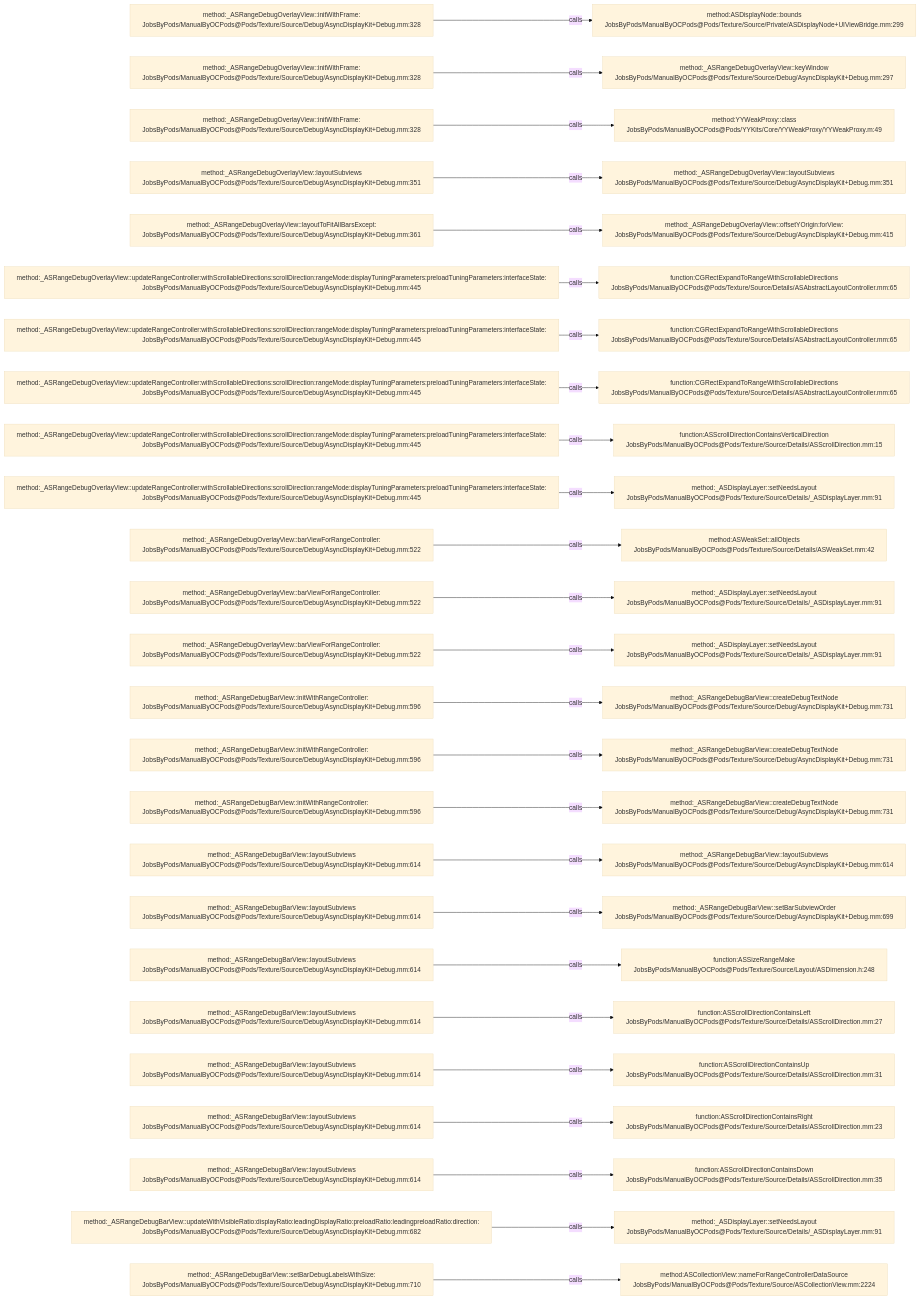
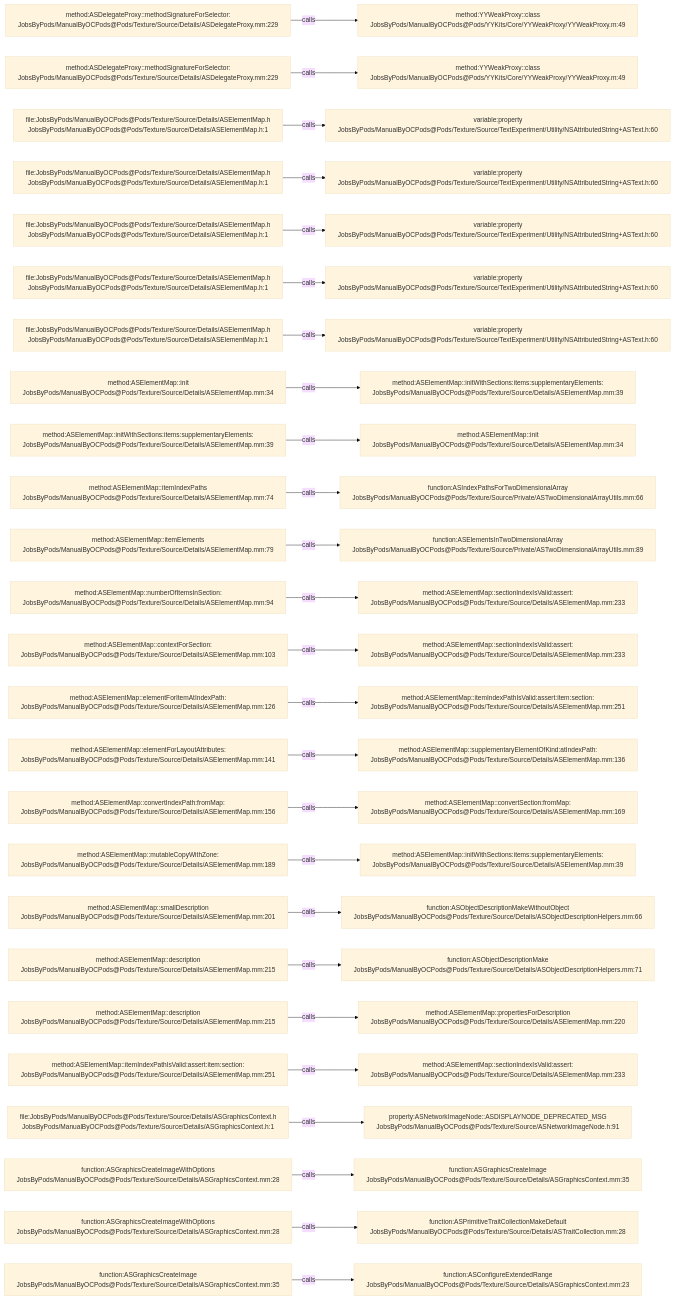
Before and after one commit to JobsKits/JobsOCBaseConfigDemo: the diagram in .codegraph/codegraph.md/graphs/calls-141.md, drawn with Mermaid (base theme). The commit also changed 2723 other files, not shown here.

````diff
--- a/.codegraph/codegraph.md/graphs/calls-141.md
+++ b/.codegraph/codegraph.md/graphs/calls-141.md
@@ -13,78 +13,78 @@
 ```mermaid
 flowchart LR
-  S1["method:_ASRangeDebugOverlayView::initWithFrame:<br/>JobsByPods/ManualByOCPods@Pods/Texture/Source/Debug/AsyncDisplayKit+Debug.mm:328"]
-  T1["method:ASDisplayNode::bounds<br/>JobsByPods/ManualByOCPods@Pods/Texture/Source/Private/ASDisplayNode+UIViewBridge.mm:299"]
+  S1["method:ASDelegateProxy::methodSignatureForSelector:<br/>JobsByPods/ManualByOCPods@Pods/Texture/Source/Details/ASDelegateProxy.mm:229"]
+  T1["method:YYWeakProxy::class<br/>JobsByPods/ManualByOCPods@Pods/YYKits/Core/YYWeakProxy/YYWeakProxy.m:49"]
   S1 -->|calls| T1
-  S2["method:_ASRangeDebugOverlayView::initWithFrame:<br/>JobsByPods/ManualByOCPods@Pods/Texture/Source/Debug/AsyncDisplayKit+Debug.mm:328"]
-  T2["method:_ASRangeDebugOverlayView::keyWindow<br/>JobsByPods/ManualByOCPods@Pods/Texture/Source/Debug/AsyncDisplayKit+Debug.mm:297"]
+  S2["method:ASDelegateProxy::methodSignatureForSelector:<br/>JobsByPods/ManualByOCPods@Pods/Texture/Source/Details/ASDelegateProxy.mm:229"]
+  T2["method:YYWeakProxy::class<br/>JobsByPods/ManualByOCPods@Pods/YYKits/Core/YYWeakProxy/YYWeakProxy.m:49"]
   S2 -->|calls| T2
-  S3["method:_ASRangeDebugOverlayView::initWithFrame:<br/>JobsByPods/ManualByOCPods@Pods/Texture/Source/Debug/AsyncDisplayKit+Debug.mm:328"]
-  T3["method:YYWeakProxy::class<br/>JobsByPods/ManualByOCPods@Pods/YYKits/Core/YYWeakProxy/YYWeakProxy.m:49"]
+  S3["file:JobsByPods/ManualByOCPods@Pods/Texture/Source/Details/ASElementMap.h<br/>JobsByPods/ManualByOCPods@Pods/Texture/Source/Details/ASElementMap.h:1"]
+  T3["variable:property<br/>JobsByPods/ManualByOCPods@Pods/Texture/Source/TextExperiment/Utility/NSAttributedString+ASText.h:60"]
   S3 -->|calls| T3
-  S4["method:_ASRangeDebugOverlayView::layoutSubviews<br/>JobsByPods/ManualByOCPods@Pods/Texture/Source/Debug/AsyncDisplayKit+Debug.mm:351"]
-  T4["method:_ASRangeDebugOverlayView::layoutSubviews<br/>JobsByPods/ManualByOCPods@Pods/Texture/Source/Debug/AsyncDisplayKit+Debug.mm:351"]
+  S4["file:JobsByPods/ManualByOCPods@Pods/Texture/Source/Details/ASElementMap.h<br/>JobsByPods/ManualByOCPods@Pods/Texture/Source/Details/ASElementMap.h:1"]
+  T4["variable:property<br/>JobsByPods/ManualByOCPods@Pods/Texture/Source/TextExperiment/Utility/NSAttributedString+ASText.h:60"]
   S4 -->|calls| T4
-  S5["method:_ASRangeDebugOverlayView::layoutToFitAllBarsExcept:<br/>JobsByPods/ManualByOCPods@Pods/Texture/Source/Debug/AsyncDisplayKit+Debug.mm:361"]
-  T5["method:_ASRangeDebugOverlayView::offsetYOrigin:forView:<br/>JobsByPods/ManualByOCPods@Pods/Texture/Source/Debug/AsyncDisplayKit+Debug.mm:415"]
+  S5["file:JobsByPods/ManualByOCPods@Pods/Texture/Source/Details/ASElementMap.h<br/>JobsByPods/ManualByOCPods@Pods/Texture/Source/Details/ASElementMap.h:1"]
+  T5["variable:property<br/>JobsByPods/ManualByOCPods@Pods/Texture/Source/TextExperiment/Utility/NSAttributedString+ASText.h:60"]
   S5 -->|calls| T5
-  S6["method:_ASRangeDebugOverlayView::updateRangeController:withScrollableDirections:scrollDirection:rangeMode:displayTuningParameters:preloadTuningParameters:interfaceState:<br/>JobsByPods/ManualByOCPods@Pods/Texture/Source/Debug/AsyncDisplayKit+Debug.mm:445"]
-  T6["function:CGRectExpandToRangeWithScrollableDirections<br/>JobsByPods/ManualByOCPods@Pods/Texture/Source/Details/ASAbstractLayoutController.mm:65"]
+  S6["file:JobsByPods/ManualByOCPods@Pods/Texture/Source/Details/ASElementMap.h<br/>JobsByPods/ManualByOCPods@Pods/Texture/Source/Details/ASElementMap.h:1"]
+  T6["variable:property<br/>JobsByPods/ManualByOCPods@Pods/Texture/Source/TextExperiment/Utility/NSAttributedString+ASText.h:60"]
   S6 -->|calls| T6
-  S7["method:_ASRangeDebugOverlayView::updateRangeController:withScrollableDirections:scrollDirection:rangeMode:displayTuningParameters:preloadTuningParameters:interfaceState:<br/>JobsByPods/ManualByOCPods@Pods/Texture/Source/Debug/AsyncDisplayKit+Debug.mm:445"]
-  T7["function:CGRectExpandToRangeWithScrollableDirections<br/>JobsByPods/ManualByOCPods@Pods/Texture/Source/Details/ASAbstractLayoutController.mm:65"]
+  S7["file:JobsByPods/ManualByOCPods@Pods/Texture/Source/Details/ASElementMap.h<br/>JobsByPods/ManualByOCPods@Pods/Texture/Source/Details/ASElementMap.h:1"]
+  T7["variable:property<br/>JobsByPods/ManualByOCPods@Pods/Texture/Source/TextExperiment/Utility/NSAttributedString+ASText.h:60"]
   S7 -->|calls| T7
-  S8["method:_ASRangeDebugOverlayView::updateRangeController:withScrollableDirections:scrollDirection:rangeMode:displayTuningParameters:preloadTuningParameters:interfaceState:<br/>JobsByPods/ManualByOCPods@Pods/Texture/Source/Debug/AsyncDisplayKit+Debug.mm:445"]
-  T8["function:CGRectExpandToRangeWithScrollableDirections<br/>JobsByPods/ManualByOCPods@Pods/Texture/Source/Details/ASAbstractLayoutController.mm:65"]
+  S8["method:ASElementMap::init<br/>JobsByPods/ManualByOCPods@Pods/Texture/Source/Details/ASElementMap.mm:34"]
+  T8["method:ASElementMap::initWithSections:items:supplementaryElements:<br/>JobsByPods/ManualByOCPods@Pods/Texture/Source/Details/ASElementMap.mm:39"]
   S8 -->|calls| T8
-  S9["method:_ASRangeDebugOverlayView::updateRangeController:withScrollableDirections:scrollDirection:rangeMode:displayTuningParameters:preloadTuningParameters:interfaceState:<br/>JobsByPods/ManualByOCPods@Pods/Texture/Source/Debug/AsyncDisplayKit+Debug.mm:445"]
-  T9["function:ASScrollDirectionContainsVerticalDirection<br/>JobsByPods/ManualByOCPods@Pods/Texture/Source/Details/ASScrollDirection.mm:15"]
+  S9["method:ASElementMap::initWithSections:items:supplementaryElements:<br/>JobsByPods/ManualByOCPods@Pods/Texture/Source/Details/ASElementMap.mm:39"]
+  T9["method:ASElementMap::init<br/>JobsByPods/ManualByOCPods@Pods/Texture/Source/Details/ASElementMap.mm:34"]
   S9 -->|calls| T9
-  S10["method:_ASRangeDebugOverlayView::updateRangeController:withScrollableDirections:scrollDirection:rangeMode:displayTuningParameters:preloadTuningParameters:interfaceState:<br/>JobsByPods/ManualByOCPods@Pods/Texture/Source/Debug/AsyncDisplayKit+Debug.mm:445"]
-  T10["method:_ASDisplayLayer::setNeedsLayout<br/>JobsByPods/ManualByOCPods@Pods/Texture/Source/Details/_ASDisplayLayer.mm:91"]
+  S10["method:ASElementMap::itemIndexPaths<br/>JobsByPods/ManualByOCPods@Pods/Texture/Source/Details/ASElementMap.mm:74"]
+  T10["function:ASIndexPathsForTwoDimensionalArray<br/>JobsByPods/ManualByOCPods@Pods/Texture/Source/Private/ASTwoDimensionalArrayUtils.mm:66"]
   S10 -->|calls| T10
-  S11["method:_ASRangeDebugOverlayView::barViewForRangeController:<br/>JobsByPods/ManualByOCPods@Pods/Texture/Source/Debug/AsyncDisplayKit+Debug.mm:522"]
-  T11["method:ASWeakSet::allObjects<br/>JobsByPods/ManualByOCPods@Pods/Texture/Source/Details/ASWeakSet.mm:42"]
+  S11["method:ASElementMap::itemElements<br/>JobsByPods/ManualByOCPods@Pods/Texture/Source/Details/ASElementMap.mm:79"]
+  T11["function:ASElementsInTwoDimensionalArray<br/>JobsByPods/ManualByOCPods@Pods/Texture/Source/Private/ASTwoDimensionalArrayUtils.mm:89"]
   S11 -->|calls| T11
-  S12["method:_ASRangeDebugOverlayView::barViewForRangeController:<br/>JobsByPods/ManualByOCPods@Pods/Texture/Source/Debug/AsyncDisplayKit+Debug.mm:522"]
-  T12["method:_ASDisplayLayer::setNeedsLayout<br/>JobsByPods/ManualByOCPods@Pods/Texture/Source/Details/_ASDisplayLayer.mm:91"]
+  S12["method:ASElementMap::numberOfItemsInSection:<br/>JobsByPods/ManualByOCPods@Pods/Texture/Source/Details/ASElementMap.mm:94"]
+  T12["method:ASElementMap::sectionIndexIsValid:assert:<br/>JobsByPods/ManualByOCPods@Pods/Texture/Source/Details/ASElementMap.mm:233"]
   S12 -->|calls| T12
-  S13["method:_ASRangeDebugOverlayView::barViewForRangeController:<br/>JobsByPods/ManualByOCPods@Pods/Texture/Source/Debug/AsyncDisplayKit+Debug.mm:522"]
-  T13["method:_ASDisplayLayer::setNeedsLayout<br/>JobsByPods/ManualByOCPods@Pods/Texture/Source/Details/_ASDisplayLayer.mm:91"]
+  S13["method:ASElementMap::contextForSection:<br/>JobsByPods/ManualByOCPods@Pods/Texture/Source/Details/ASElementMap.mm:103"]
+  T13["method:ASElementMap::sectionIndexIsValid:assert:<br/>JobsByPods/ManualByOCPods@Pods/Texture/Source/Details/ASElementMap.mm:233"]
   S13 -->|calls| T13
-  S14["method:_ASRangeDebugBarView::initWithRangeController:<br/>JobsByPods/ManualByOCPods@Pods/Texture/Source/Debug/AsyncDisplayKit+Debug.mm:596"]
-  T14["method:_ASRangeDebugBarView::createDebugTextNode<br/>JobsByPods/ManualByOCPods@Pods/Texture/Source/Debug/AsyncDisplayKit+Debug.mm:731"]
+  S14["method:ASElementMap::elementForItemAtIndexPath:<br/>JobsByPods/ManualByOCPods@Pods/Texture/Source/Details/ASElementMap.mm:126"]
+  T14["method:ASElementMap::itemIndexPathIsValid:assert:item:section:<br/>JobsByPods/ManualByOCPods@Pods/Texture/Source/Details/ASElementMap.mm:251"]
   S14 -->|calls| T14
-  S15["method:_ASRangeDebugBarView::initWithRangeController:<br/>JobsByPods/ManualByOCPods@Pods/Texture/Source/Debug/AsyncDisplayKit+Debug.mm:596"]
-  T15["method:_ASRangeDebugBarView::createDebugTextNode<br/>JobsByPods/ManualByOCPods@Pods/Texture/Source/Debug/AsyncDisplayKit+Debug.mm:731"]
+  S15["method:ASElementMap::elementForLayoutAttributes:<br/>JobsByPods/ManualByOCPods@Pods/Texture/Source/Details/ASElementMap.mm:141"]
+  T15["method:ASElementMap::supplementaryElementOfKind:atIndexPath:<br/>JobsByPods/ManualByOCPods@Pods/Texture/Source/Details/ASElementMap.mm:136"]
   S15 -->|calls| T15
-  S16["method:_ASRangeDebugBarView::initWithRangeController:<br/>JobsByPods/ManualByOCPods@Pods/Texture/Source/Debug/AsyncDisplayKit+Debug.mm:596"]
-  T16["method:_ASRangeDebugBarView::createDebugTextNode<br/>JobsByPods/ManualByOCPods@Pods/Texture/Source/Debug/AsyncDisplayKit+Debug.mm:731"]
+  S16["method:ASElementMap::convertIndexPath:fromMap:<br/>JobsByPods/ManualByOCPods@Pods/Texture/Source/Details/ASElementMap.mm:156"]
+  T16["method:ASElementMap::convertSection:fromMap:<br/>JobsByPods/ManualByOCPods@Pods/Texture/Source/Details/ASElementMap.mm:169"]
   S16 -->|calls| T16
-  S17["method:_ASRangeDebugBarView::layoutSubviews<br/>JobsByPods/ManualByOCPods@Pods/Texture/Source/Debug/AsyncDisplayKit+Debug.mm:614"]
-  T17["method:_ASRangeDebugBarView::layoutSubviews<br/>JobsByPods/ManualByOCPods@Pods/Texture/Source/Debug/AsyncDisplayKit+Debug.mm:614"]
+  S17["method:ASElementMap::mutableCopyWithZone:<br/>JobsByPods/ManualByOCPods@Pods/Texture/Source/Details/ASElementMap.mm:189"]
+  T17["method:ASElementMap::initWithSections:items:supplementaryElements:<br/>JobsByPods/ManualByOCPods@Pods/Texture/Source/Details/ASElementMap.mm:39"]
   S17 -->|calls| T17
-  S18["method:_ASRangeDebugBarView::layoutSubviews<br/>JobsByPods/ManualByOCPods@Pods/Texture/Source/Debug/AsyncDisplayKit+Debug.mm:614"]
-  T18["method:_ASRangeDebugBarView::setBarSubviewOrder<br/>JobsByPods/ManualByOCPods@Pods/Texture/Source/Debug/AsyncDisplayKit+Debug.mm:699"]
+  S18["method:ASElementMap::smallDescription<br/>JobsByPods/ManualByOCPods@Pods/Texture/Source/Details/ASElementMap.mm:201"]
+  T18["function:ASObjectDescriptionMakeWithoutObject<br/>JobsByPods/ManualByOCPods@Pods/Texture/Source/Details/ASObjectDescriptionHelpers.mm:66"]
   S18 -->|calls| T18
-  S19["method:_ASRangeDebugBarView::layoutSubviews<br/>JobsByPods/ManualByOCPods@Pods/Texture/Source/Debug/AsyncDisplayKit+Debug.mm:614"]
-  T19["function:ASSizeRangeMake<br/>JobsByPods/ManualByOCPods@Pods/Texture/Source/Layout/ASDimension.h:248"]
+  S19["method:ASElementMap::description<br/>JobsByPods/ManualByOCPods@Pods/Texture/Source/Details/ASElementMap.mm:215"]
+  T19["function:ASObjectDescriptionMake<br/>JobsByPods/ManualByOCPods@Pods/Texture/Source/Details/ASObjectDescriptionHelpers.mm:71"]
   S19 -->|calls| T19
-  S20["method:_ASRangeDebugBarView::layoutSubviews<br/>JobsByPods/ManualByOCPods@Pods/Texture/Source/Debug/AsyncDisplayKit+Debug.mm:614"]
-  T20["function:ASScrollDirectionContainsLeft<br/>JobsByPods/ManualByOCPods@Pods/Texture/Source/Details/ASScrollDirection.mm:27"]
+  S20["method:ASElementMap::description<br/>JobsByPods/ManualByOCPods@Pods/Texture/Source/Details/ASElementMap.mm:215"]
+  T20["method:ASElementMap::propertiesForDescription<br/>JobsByPods/ManualByOCPods@Pods/Texture/Source/Details/ASElementMap.mm:220"]
   S20 -->|calls| T20
-  S21["method:_ASRangeDebugBarView::layoutSubviews<br/>JobsByPods/ManualByOCPods@Pods/Texture/Source/Debug/AsyncDisplayKit+Debug.mm:614"]
-  T21["function:ASScrollDirectionContainsUp<br/>JobsByPods/ManualByOCPods@Pods/Texture/Source/Details/ASScrollDirection.mm:31"]
+  S21["method:ASElementMap::itemIndexPathIsValid:assert:item:section:<br/>JobsByPods/ManualByOCPods@Pods/Texture/Source/Details/ASElementMap.mm:251"]
+  T21["method:ASElementMap::sectionIndexIsValid:assert:<br/>JobsByPods/ManualByOCPods@Pods/Texture/Source/Details/ASElementMap.mm:233"]
   S21 -->|calls| T21
-  S22["method:_ASRangeDebugBarView::layoutSubviews<br/>JobsByPods/ManualByOCPods@Pods/Texture/Source/Debug/AsyncDisplayKit+Debug.mm:614"]
-  T22["function:ASScrollDirectionContainsRight<br/>JobsByPods/ManualByOCPods@Pods/Texture/Source/Details/ASScrollDirection.mm:23"]
+  S22["file:JobsByPods/ManualByOCPods@Pods/Texture/Source/Details/ASGraphicsContext.h<br/>JobsByPods/ManualByOCPods@Pods/Texture/Source/Details/ASGraphicsContext.h:1"]
+  T22["property:ASNetworkImageNode::ASDISPLAYNODE_DEPRECATED_MSG<br/>JobsByPods/ManualByOCPods@Pods/Texture/Source/ASNetworkImageNode.h:91"]
   S22 -->|calls| T22
-  S23["method:_ASRangeDebugBarView::layoutSubviews<br/>JobsByPods/ManualByOCPods@Pods/Texture/Source/Debug/AsyncDisplayKit+Debug.mm:614"]
-  T23["function:ASScrollDirectionContainsDown<br/>JobsByPods/ManualByOCPods@Pods/Texture/Source/Details/ASScrollDirection.mm:35"]
+  S23["function:ASGraphicsCreateImageWithOptions<br/>JobsByPods/ManualByOCPods@Pods/Texture/Source/Details/ASGraphicsContext.mm:28"]
+  T23["function:ASGraphicsCreateImage<br/>JobsByPods/ManualByOCPods@Pods/Texture/Source/Details/ASGraphicsContext.mm:35"]
   S23 -->|calls| T23
-  S24["method:_ASRangeDebugBarView::updateWithVisibleRatio:displayRatio:leadingDisplayRatio:preloadRatio:leadingpreloadRatio:direction:<br/>JobsByPods/ManualByOCPods@Pods/Texture/Source/Debug/AsyncDisplayKit+Debug.mm:682"]
-  T24["method:_ASDisplayLayer::setNeedsLayout<br/>JobsByPods/ManualByOCPods@Pods/Texture/Source/Details/_ASDisplayLayer.mm:91"]
+  S24["function:ASGraphicsCreateImageWithOptions<br/>JobsByPods/ManualByOCPods@Pods/Texture/Source/Details/ASGraphicsContext.mm:28"]
+  T24["function:ASPrimitiveTraitCollectionMakeDefault<br/>JobsByPods/ManualByOCPods@Pods/Texture/Source/Details/ASTraitCollection.mm:28"]
   S24 -->|calls| T24
-  S25["method:_ASRangeDebugBarView::setBarDebugLabelsWithSize:<br/>JobsByPods/ManualByOCPods@Pods/Texture/Source/Debug/AsyncDisplayKit+Debug.mm:710"]
-  T25["method:ASCollectionView::nameForRangeControllerDataSource<br/>JobsByPods/ManualByOCPods@Pods/Texture/Source/ASCollectionView.mm:2224"]
+  S25["function:ASGraphicsCreateImage<br/>JobsByPods/ManualByOCPods@Pods/Texture/Source/Details/ASGraphicsContext.mm:35"]
+  T25["function:ASConfigureExtendedRange<br/>JobsByPods/ManualByOCPods@Pods/Texture/Source/Details/ASGraphicsContext.mm:23"]
   S25 -->|calls| T25
 ```
````
